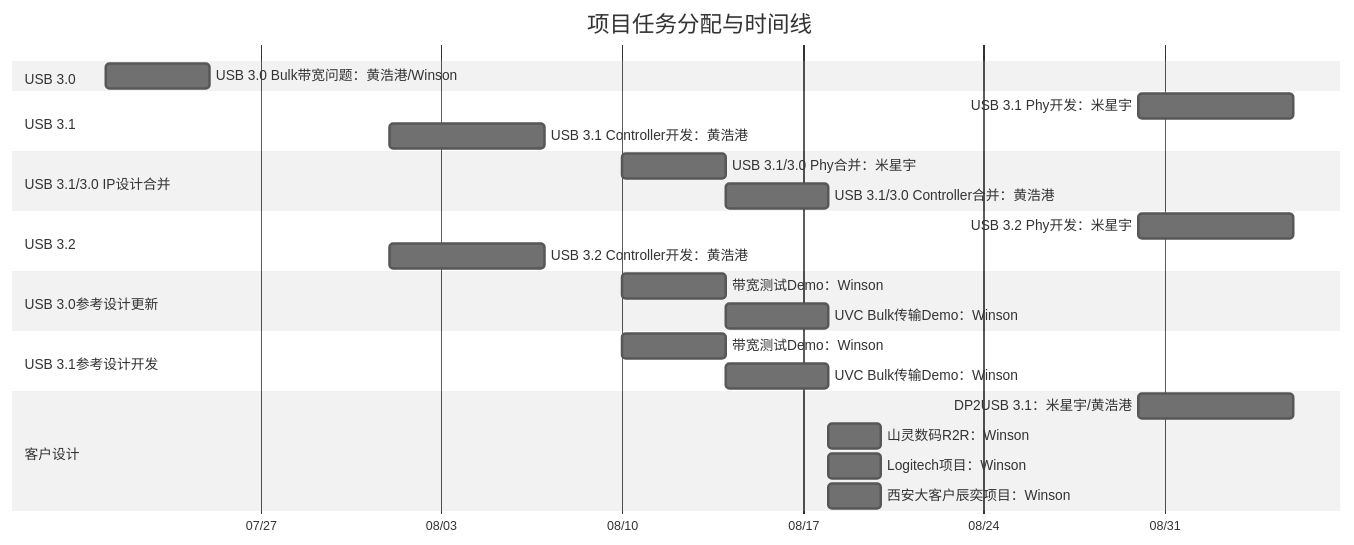
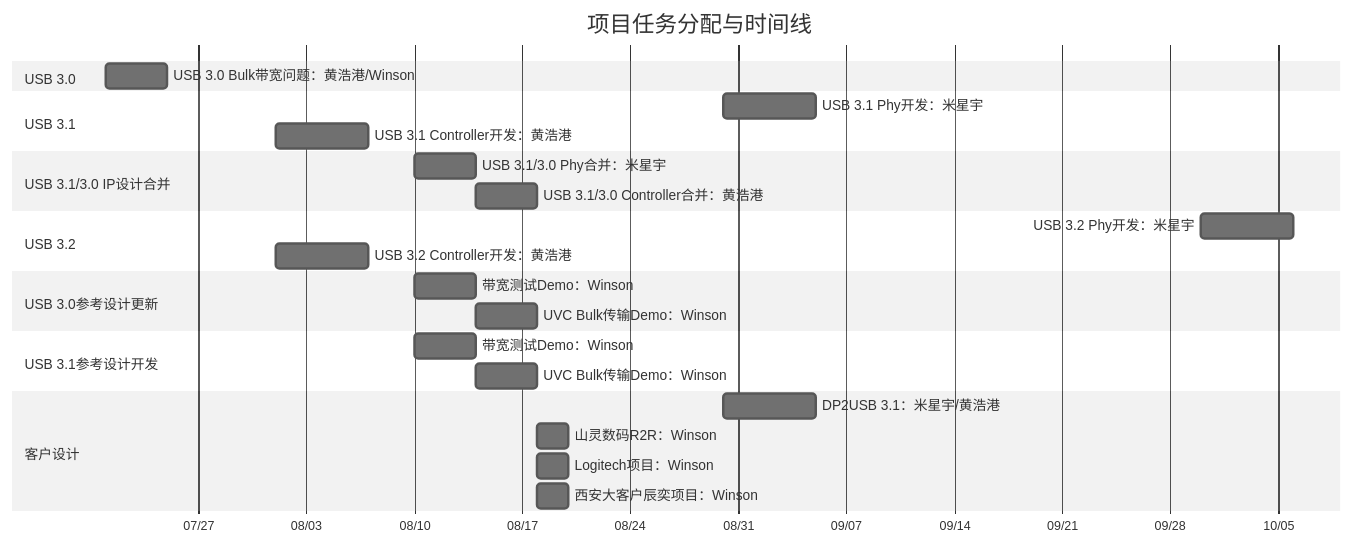
The diagram in all/未命名.md (winsonbook/iodraw-files), drawn with Mermaid (neutral theme) before and after one commit.

Commit message:
2025-07-21 10:08:16 update

````diff
--- a/all/未命名.md
+++ b/all/未命名.md
@@ -1,35 +1,35 @@
 ```mermaid
 gantt
     title 项目任务分配与时间线
     dateFormat  YYYY-MM-DD
     axisFormat  %m/%d
 
     section USB 3.0
     USB 3.0 Bulk带宽问题：黄浩港/Winson   :    task1, 2025-07-21, 4d
 
     section USB 3.1
     USB 3.1 Phy开发：米星宇      :         task2, 2025-08-30, 6d
     USB 3.1 Controller开发：黄浩港      :  task3, 2025-08-01, 6d
 
     section USB 3.1/3.0 IP设计合并
     USB 3.1/3.0 Phy合并：米星宇       :    task4, 2025-08-10, 4d
     USB 3.1/3.0 Controller合并：黄浩港:    task5, 2025-08-14, 4d
 
     section USB 3.2
-    USB 3.2 Phy开发：米星宇      :         task2, 2025-08-30, 6d
+    USB 3.2 Phy开发：米星宇      :         task2, 2025-09-30, 6d
     USB 3.2 Controller开发：黄浩港      :  task3, 2025-08-01, 6d
 
     section USB 3.0参考设计更新
     带宽测试Demo：Winson       :         task6, 2025-08-10, 4d
     UVC Bulk传输Demo：Winson   :        task7, 2025-08-14, 4d
 
     section USB 3.1参考设计开发
     带宽测试Demo：Winson       :         task8, 2025-08-10, 4d
     UVC Bulk传输Demo：Winson   :         task9, 2025-08-14, 4d
 
     section 客户设计
     DP2USB 3.1：米星宇/黄浩港      :task10, 2025-08-30, 6d
     山灵数码R2R：Winson :             task11, 2025-08-18, 2d
     Logitech项目：Winson :            task12, 2025-08-18, 2d
     西安大客户辰奕项目：Winson :       task13, 2025-08-18, 2d
 ```
````
